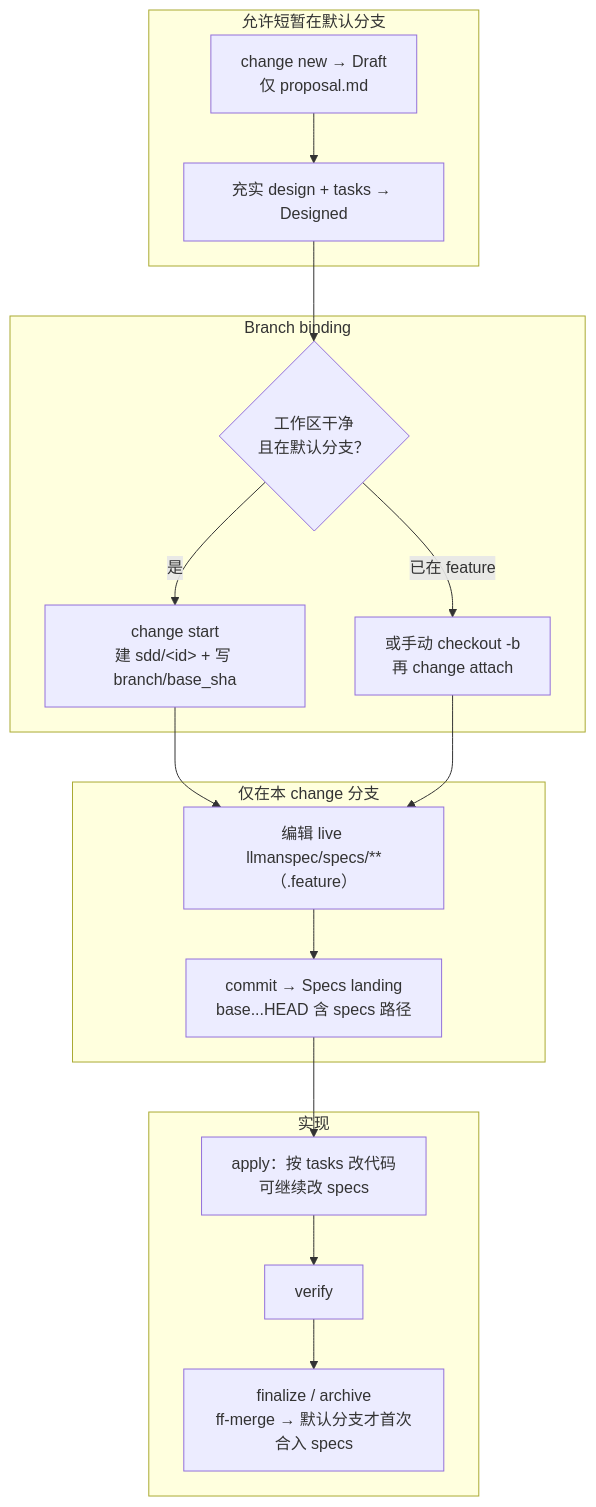
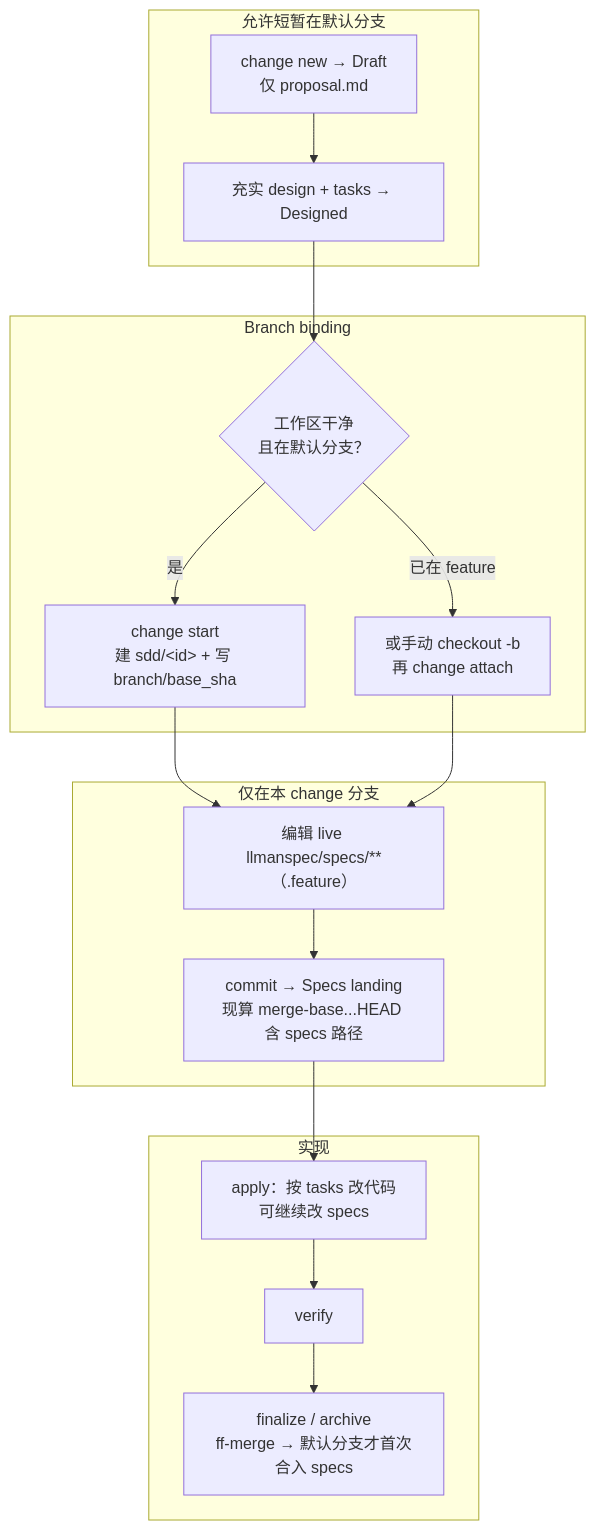
The first of 2 diagrams in .agents/skills/llman-sdd-propose/SKILL.md (StrayDragon/llman), drawn with Mermaid before and after one commit. The commit also changed other lines of this file and 29 other files, not shown here.

````diff
--- a/.agents/skills/llman-sdd-propose/SKILL.md
+++ b/.agents/skills/llman-sdd-propose/SKILL.md
@@ -18,29 +18,29 @@
 ```mermaid
 flowchart TB
   subgraph main_ok["允许短暂在默认分支"]
     A["change new → Draft<br/>仅 proposal.md"]
     B["充实 design + tasks → Designed"]
   end
 
   subgraph gate_start["Branch binding"]
     C{"工作区干净<br/>且在默认分支？"}
     D["change start<br/>建 sdd/&lt;id&gt; + 写 branch/base_sha"]
     E["或手动 checkout -b<br/>再 change attach"]
   end
 
   subgraph specs_only["仅在本 change 分支"]
     F["编辑 live llmanspec/specs/**（.feature）"]
-    G["commit → Specs landing<br/>base...HEAD 含 specs 路径"]
+    G["commit → Specs landing<br/>现算 merge-base...HEAD 含 specs 路径"]
   end
 
   subgraph implement["实现"]
     H["apply：按 tasks 改代码<br/>可继续改 specs"]
     I["verify"]
     J["finalize / archive<br/>ff-merge → 默认分支才首次合入 specs"]
   end
 
   A --> B --> C
   C -->|是| D --> F
   C -->|已在 feature| E --> F
   F --> G --> H --> I --> J
 ```
````
